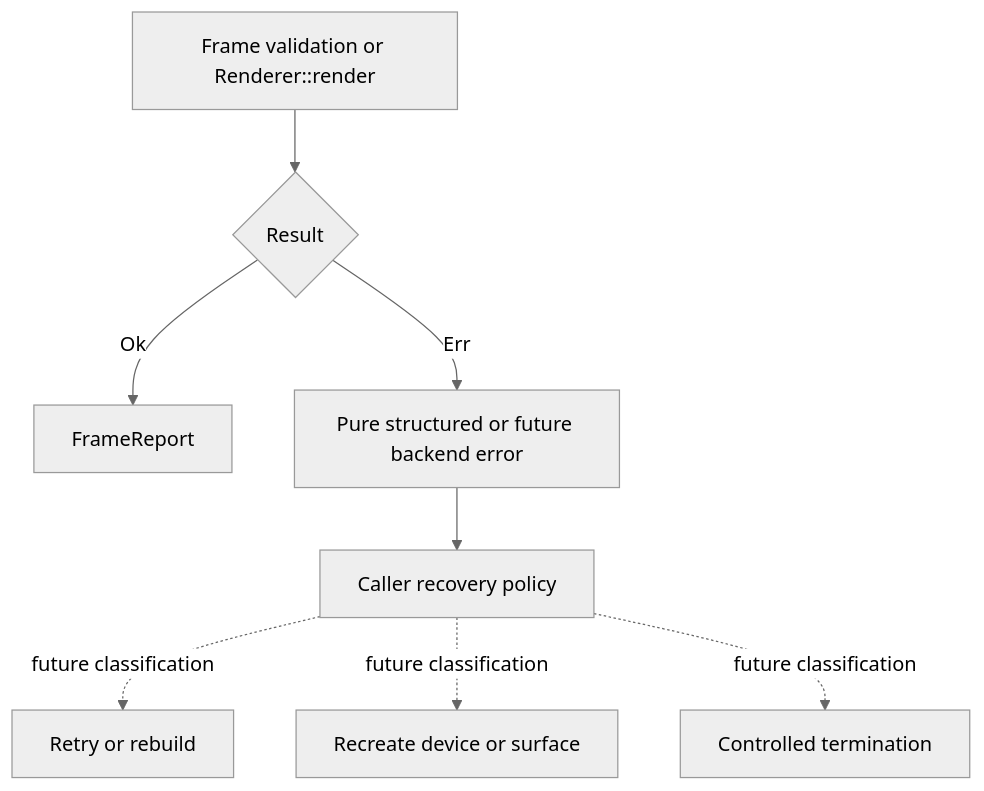
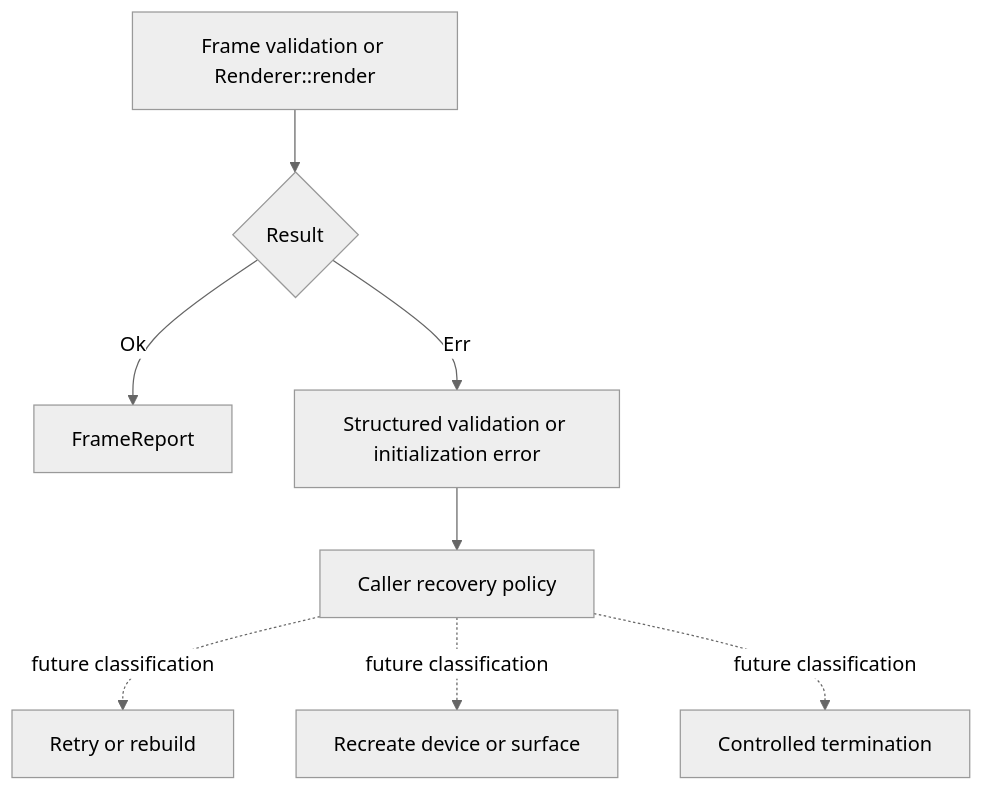
Before and after one commit to dbuddha/alpine-gpui: the sixth of 7 diagrams in ARCHITECTURE.md, drawn with Mermaid (neutral theme). The commit also changed other lines of this file and 25 other files, not shown here.

````diff
--- a/ARCHITECTURE.md
+++ b/ARCHITECTURE.md
@@ -200,10 +222,10 @@
 ```mermaid
 flowchart TD
     call["Frame validation or Renderer::render"] --> outcome{"Result"}
     outcome -->|"Ok"| report["FrameReport"]
-    outcome -->|"Err"| backend_error["Pure structured or future backend error"]
+    outcome -->|"Err"| backend_error["Structured validation or initialization error"]
     backend_error --> caller["Caller recovery policy"]
     caller -. "future classification" .-> retry["Retry or rebuild"]
     caller -. "future classification" .-> recreate["Recreate device or surface"]
     caller -. "future classification" .-> terminate["Controlled termination"]
 ```
````
